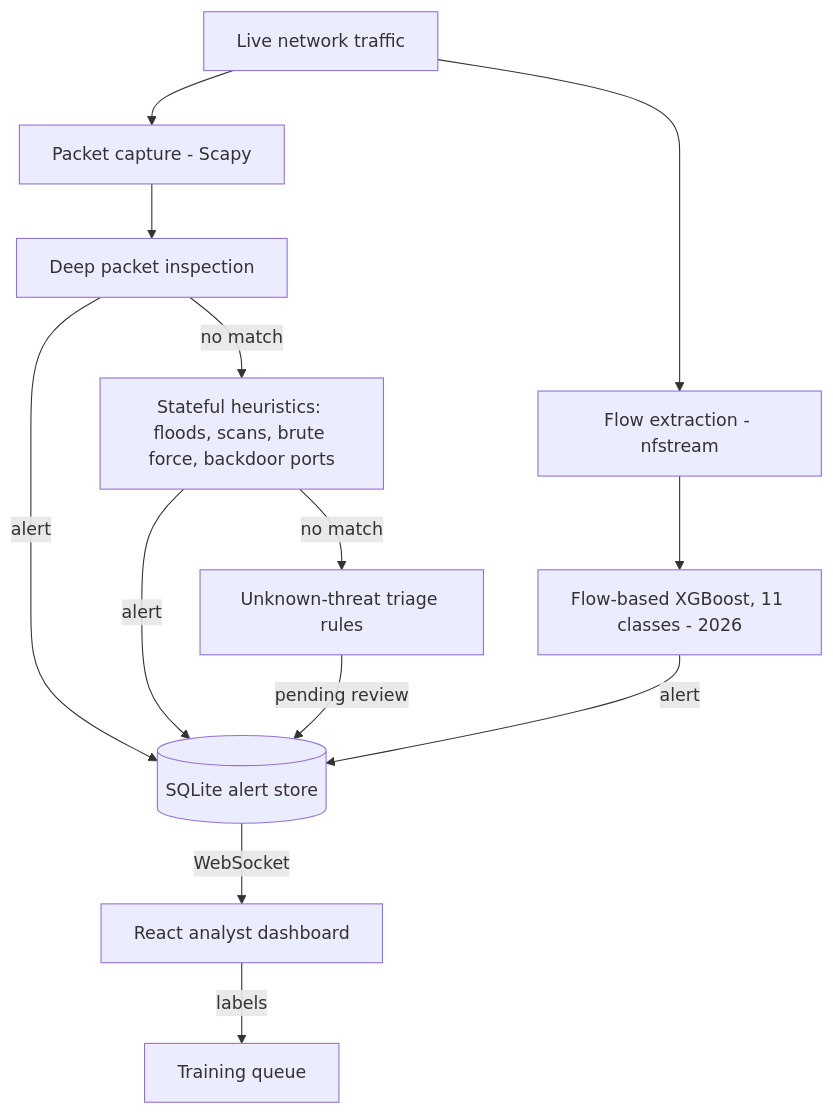
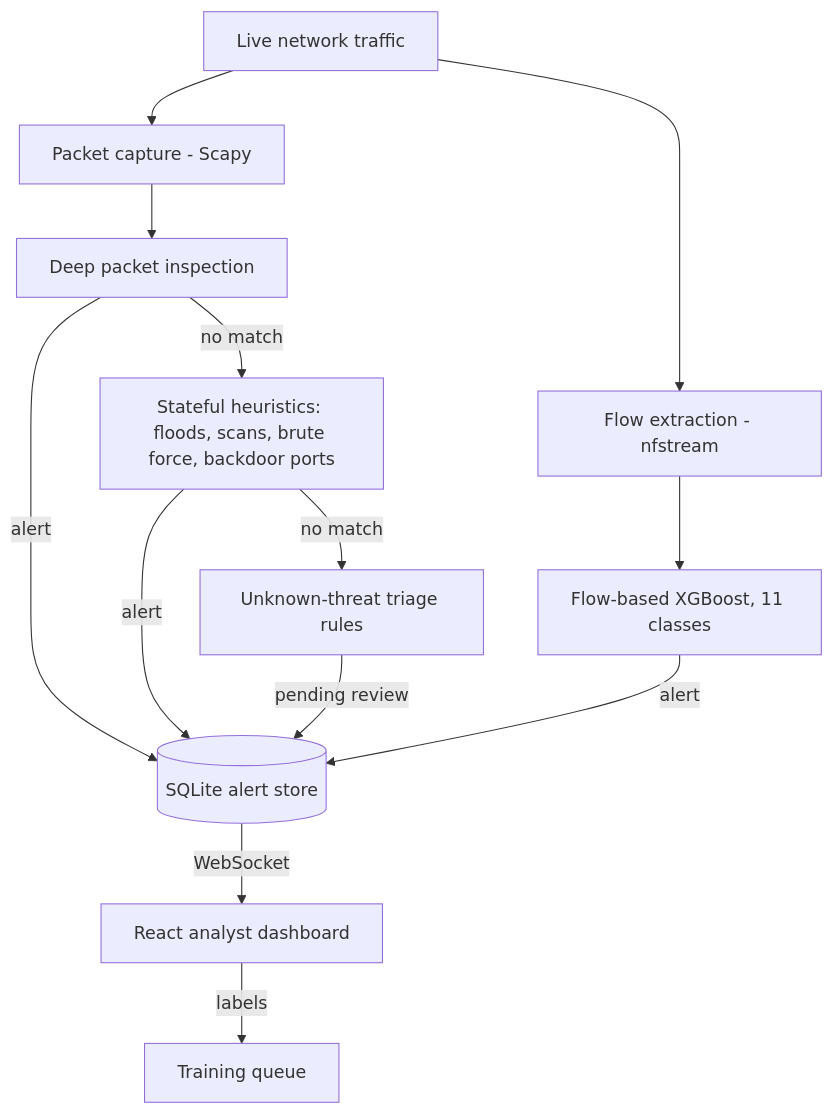
The diagram in projects/adaptive-network-ids/README.md (Suliman8/portfolio), drawn with Mermaid before and after one commit. The commit also changed other lines of this file and 1 other file, not shown here.

````diff
--- a/projects/adaptive-network-ids/README.md
+++ b/projects/adaptive-network-ids/README.md
@@ -47,15 +47,15 @@
 ```mermaid
 flowchart TD
     A["Live network traffic"] --> B["Packet capture - Scapy"]
     B --> C["Deep packet inspection"]
     C -->|"no match"| D["Stateful heuristics: floods, scans, brute force, backdoor ports"]
     D -->|"no match"| E["Unknown-threat triage rules"]
     A --> F["Flow extraction - nfstream"]
-    F --> G["Flow-based XGBoost, 11 classes - 2026"]
+    F --> G["Flow-based XGBoost, 11 classes"]
     C -->|"alert"| DB[("SQLite alert store")]
     D -->|"alert"| DB
     E -->|"pending review"| DB
     G -->|"alert"| DB
     DB -->|"WebSocket"| UI["React analyst dashboard"]
     UI -->|"labels"| Q["Training queue"]
 ```
````
